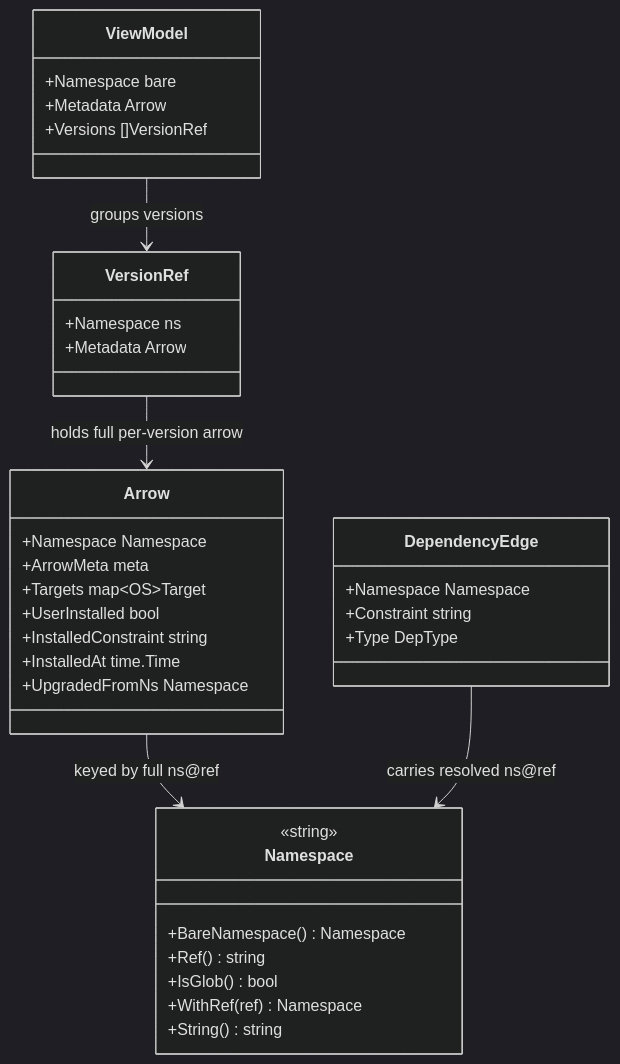
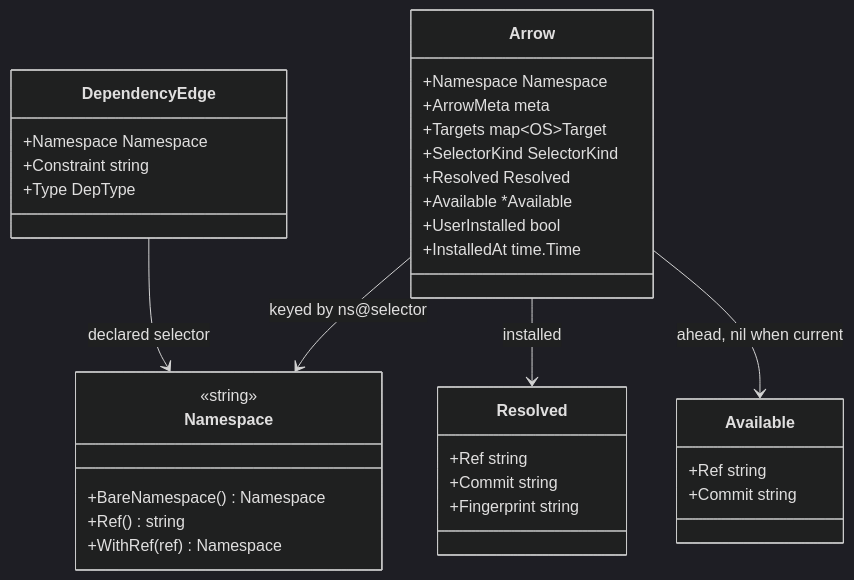
Before and after one commit to rabbytesoftware/quiver.core: the first of 2 diagrams in docs/spec/manifests/v0/versioning.md, drawn with Mermaid (dark theme). The commit also changed other lines of this file and 357 other files, not shown here.

Commit message:
fix(versioning): request-keyed versions so rolling releases update (#241)

````diff
--- a/docs/spec/manifests/v0/versioning.md
+++ b/docs/spec/manifests/v0/versioning.md
@@ -148,43 +239,42 @@
 ```mermaid
 classDiagram
     class Namespace {
         <<string>>
         +BareNamespace() Namespace
         +Ref() string
-        +IsGlob() bool
         +WithRef(ref) Namespace
-        +String() string
     }
 
     class Arrow {
         +Namespace Namespace
         +ArrowMeta meta
         +Targets map~OS~Target
+        +SelectorKind SelectorKind
+        +Resolved Resolved
+        +Available *Available
         +UserInstalled bool
-        +InstalledConstraint string
         +InstalledAt time.Time
-        +UpgradedFromNs Namespace
+    }
+
+    class Resolved {
+        +Ref string
+        +Commit string
+        +Fingerprint string
+    }
+
+    class Available {
+        +Ref string
+        +Commit string
     }
 
     class DependencyEdge {
         +Namespace Namespace
         +Constraint string
         +Type DepType
     }
 
-    class ViewModel {
-        +Namespace bare
-        +Metadata Arrow
-        +Versions []VersionRef
-    }
-
-    class VersionRef {
-        +Namespace ns
-        +Metadata Arrow
-    }
-
-    Arrow --> Namespace : keyed by full ns@ref
-    DependencyEdge --> Namespace : carries resolved ns@ref
-    ViewModel --> VersionRef : groups versions
-    VersionRef --> Arrow : holds full per-version arrow
+    Arrow --> Namespace : keyed by ns@selector
+    Arrow --> Resolved : installed
+    Arrow --> Available : ahead, nil when current
+    DependencyEdge --> Namespace : declared selector
 ```
````
